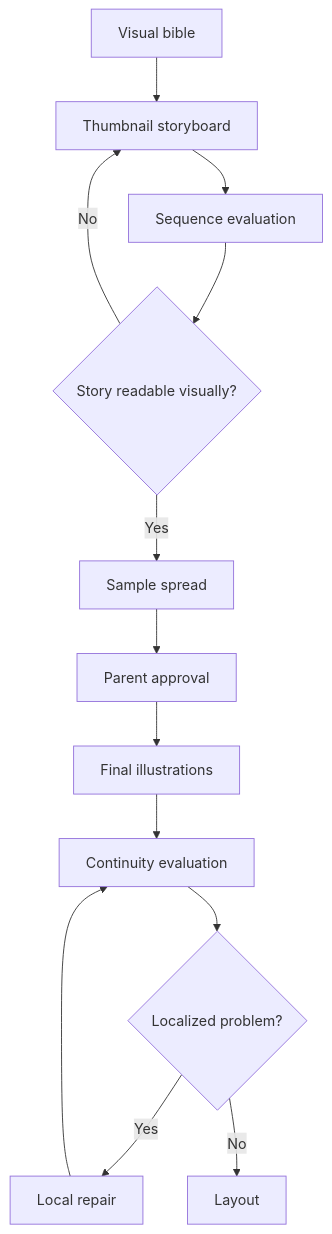
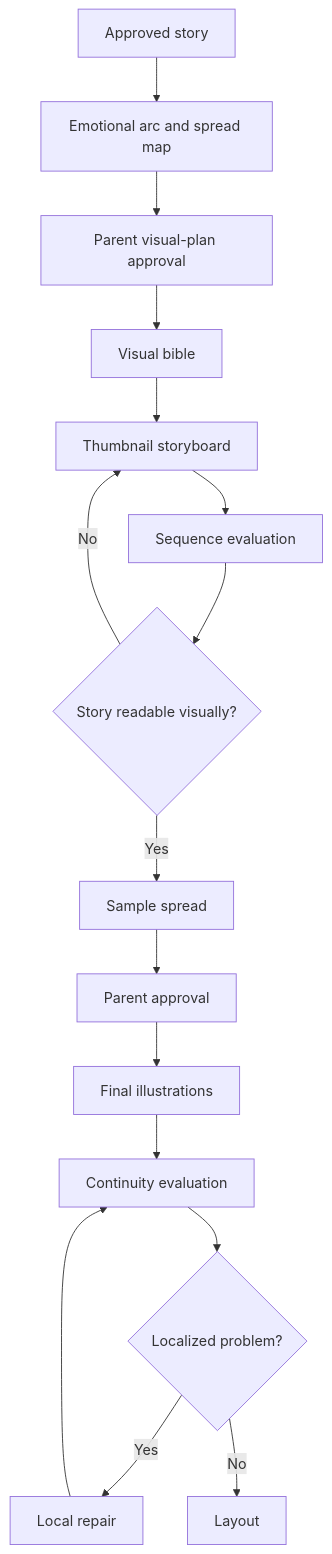
Before and after one commit to bhadrip/kids-book-gen: the fourth of 4 diagrams in spec/04-agent-pipeline.md, drawn with Mermaid. The commit also changed other lines of this file and 39 other files, not shown here.

````diff
--- a/spec/04-agent-pipeline.md
+++ b/spec/04-agent-pipeline.md
@@ -178,15 +180,18 @@
 ```mermaid
 flowchart TD
-    A[Visual bible] --> B[Thumbnail storyboard]
+    A[Approved story] --> A1[Emotional arc and spread map]
+    A1 --> A2[Parent visual-plan approval]
+    A2 --> A3[Visual bible]
+    A3 --> B[Thumbnail storyboard]
     B --> C[Sequence evaluation]
     C --> D{Story readable visually?}
     D -- No --> B
     D -- Yes --> E[Sample spread]
     E --> F[Parent approval]
     F --> G[Final illustrations]
     G --> H[Continuity evaluation]
     H --> I{Localized problem?}
     I -- Yes --> J[Local repair]
     J --> H
     I -- No --> K[Layout]
 ```
````
